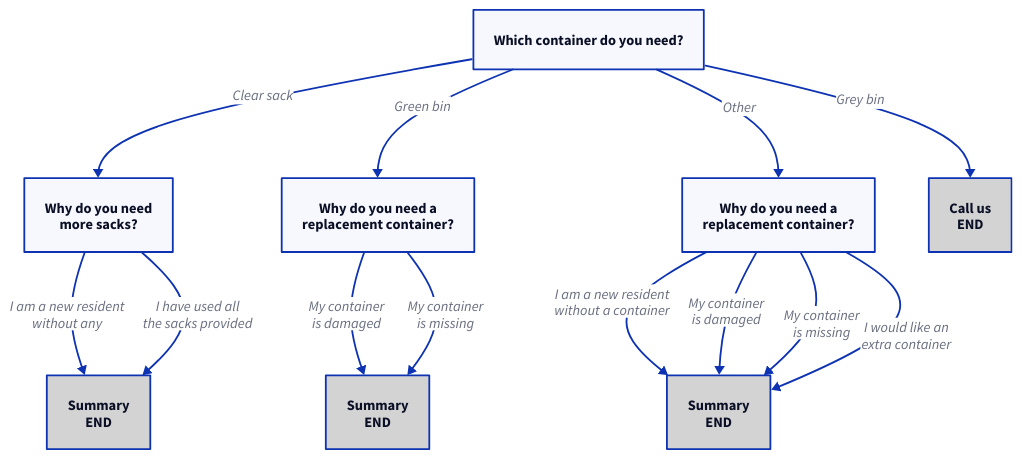
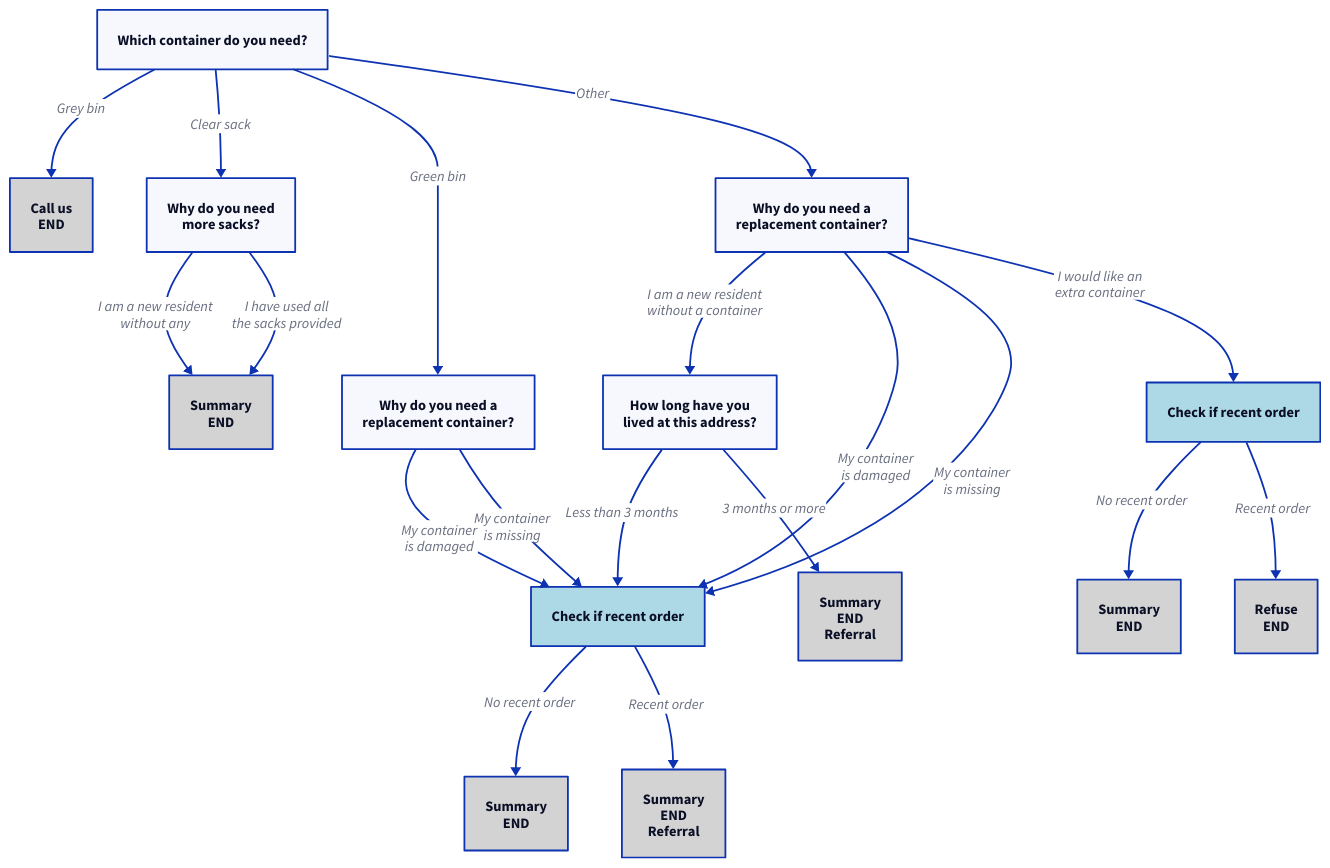
The diagram in diagrams/brent-request.d2 (mysociety/fixmystreet.com), drawn with D2 before and after one commit.

Commit message:
[Brent] Update request flow chart.

```diff
--- a/diagrams/brent-request.d2
+++ b/diagrams/brent-request.d2
@@ -1,24 +1,41 @@
 Pick container: Which container do you need?
 Replacement: Why do you need a\nreplacement container?
 About you1: Summary\nEND { style.fill: lightgrey }
 About you2: Summary\nEND { style.fill: lightgrey }
 About you5: Summary\nEND { style.fill: lightgrey }
 why_sacks: Why do you need\nmore sacks?
 why_green: Why do you need a\nreplacement container?
 Call us: Call us\nEND { style.fill: lightgrey }
 
 Pick container -> Call us: Grey bin
 Pick container -> why_sacks: Clear sack
 Pick container -> why_green: Green bin
 Pick container -> Replacement: Other
 
 why_sacks -> About you1: I am a new resident\nwithout any
 why_sacks -> About you1: I have used all\nthe sacks provided
 
-why_green -> About you2: My container\nis damaged
-why_green -> About you2: My container\nis missing
+why_green -> recent_order: My container\nis damaged
+why_green -> recent_order: My container\nis missing
 
-Replacement -> About you5: I am a new resident\nwithout a container
-Replacement -> About you5: My container\nis damaged
-Replacement -> About you5: My container\nis missing
-Replacement -> About you5: I would like an\nextra container
+Replacement -> how_long_lived: I am a new resident\nwithout a container
+Replacement -> recent_order: My container\nis damaged
+Replacement -> recent_order: My container\nis missing
+Replacement -> recent_order2: I would like an\nextra container
+
+recent_order: Check if recent order { style.fill: lightblue }
+recent_order -> About you2: No recent order
+recent_order -> Referral: Recent order
+
+recent_order2: Check if recent order { style.fill: lightblue }
+recent_order2 -> About you5: No recent order
+recent_order2 -> extra_refusal: Recent order
+
+how_long_lived: How long have you\nlived at this address?
+how_long_lived -> recent_order: Less than 3 months
+how_long_lived -> Referral2: 3 months or more
+
+extra_refusal: Refuse\nEND { style.fill: lightgrey }
+
+Referral: Summary\nEND\nReferral { style.fill: lightgrey }
+Referral2: Summary\nEND\nReferral { style.fill: lightgrey }
```
